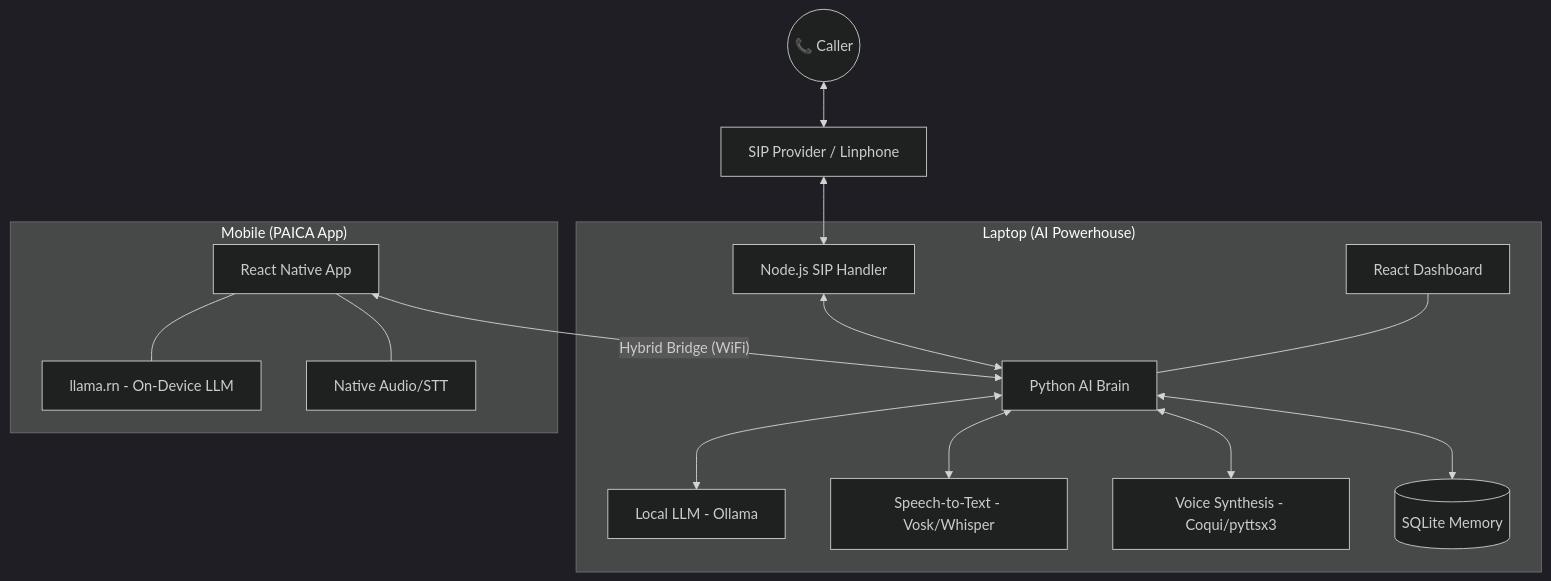
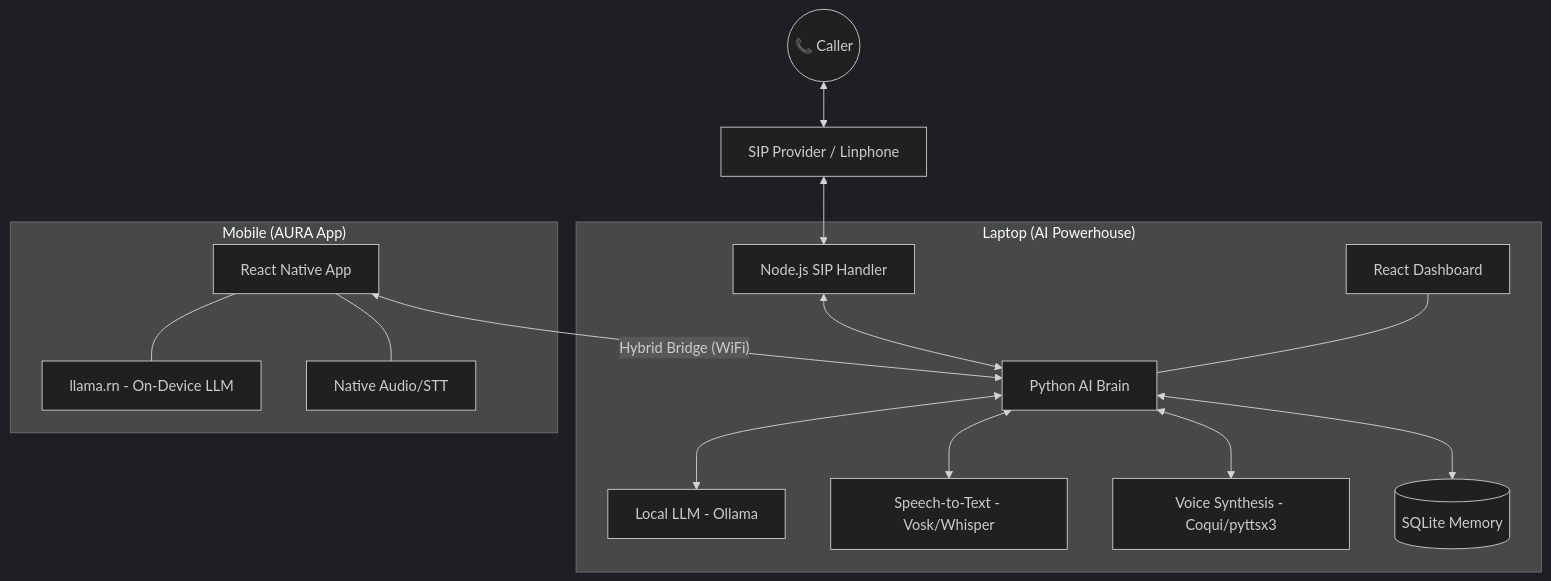
The diagram in README.md (ahadunnobi/AI-CALL_AGENT), drawn with Mermaid (dark theme) before and after one commit. The commit also changed other lines of this file and 1 other file, not shown here.

Commit message:
docs: rename project from PAICA to AURA in documentation and architecture diagrams

````diff
--- a/README.md
+++ b/README.md
@@ -20,22 +20,22 @@
 ```mermaid
 graph TD
     User((📞 Caller)) <--> SIP[SIP Provider / Linphone]
     SIP <--> Handler[Node.js SIP Handler]
     
     subgraph "Laptop (AI Powerhouse)"
         Handler <--> Brain[Python AI Brain]
         Brain <--> Ollama[Local LLM - Ollama]
         Brain <--> STT[Speech-to-Text - Vosk/Whisper]
         Brain <--> TTS[Voice Synthesis - Coqui/pyttsx3]
         Brain <--> DB[(SQLite Memory)]
         Dashboard[React Dashboard] --- Brain
     end
 
-    subgraph "Mobile (PAICA App)"
+    subgraph "Mobile (AURA App)"
         App[React Native App]
         App --- LlamaRN[llama.rn - On-Device LLM]
         App --- Audio[Native Audio/STT]
     end
 
     App <-- "Hybrid Bridge (WiFi)" --> Brain
 ```
````
